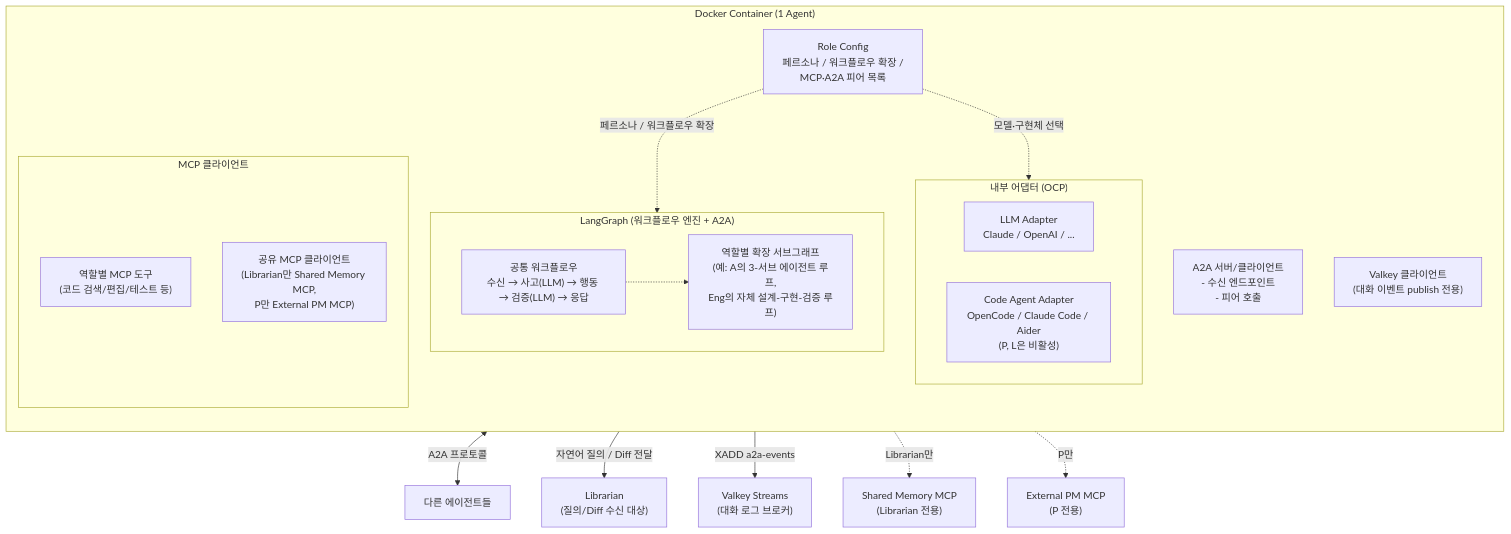
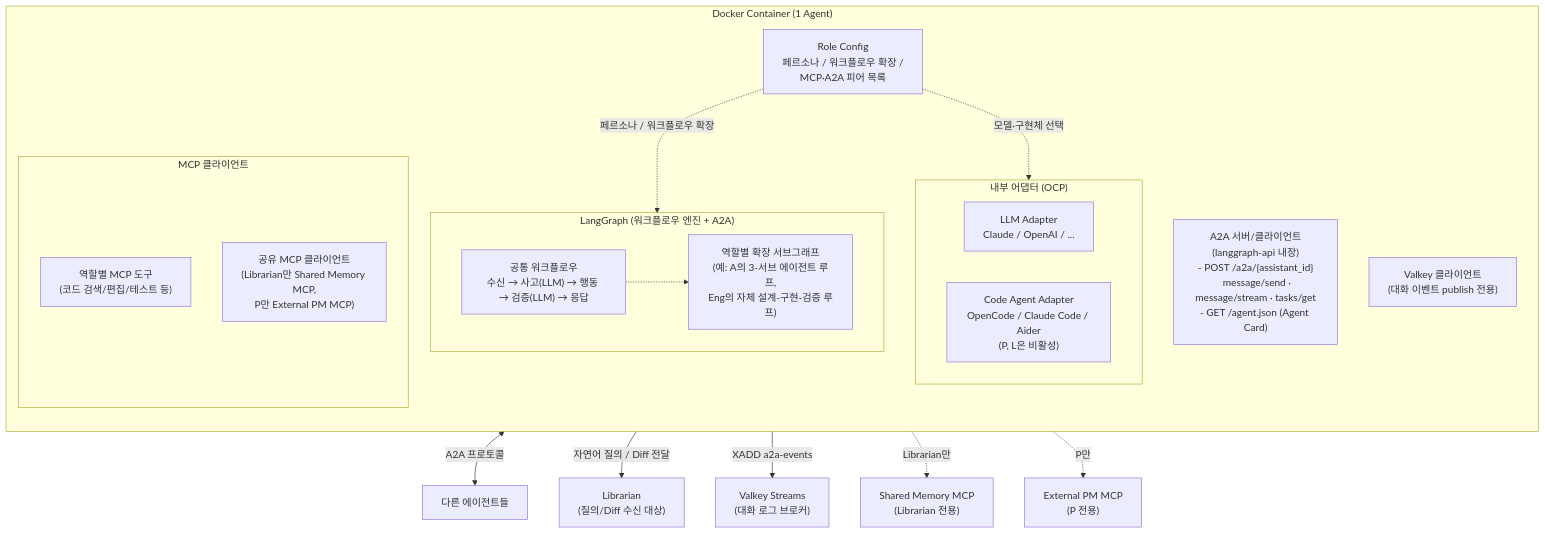
One commit to vonkernel/dev-team changed the second of 13 diagrams in docs/proposal.md. Above: the diagram before and after it, drawn with Mermaid. The commit also changed other lines of this file, not shown here.

First line of the commit message:
docs: adopt A2A Protocol v1.0 (Task lifecycle, Agent Card, SSE)

````diff
--- a/docs/proposal.md
+++ b/docs/proposal.md
@@ -164,43 +166,43 @@
 ```mermaid
 graph TD
     subgraph Container["Docker Container (1 Agent)"]
         direction TB
         RoleConfig["Role Config<br/>페르소나 / 워크플로우 확장 /<br/>MCP·A2A 피어 목록"]
 
         subgraph LG["LangGraph (워크플로우 엔진 + A2A)"]
             Base["공통 워크플로우<br/>수신 → 사고(LLM) → 행동 → 검증(LLM) → 응답"]
             Ext["역할별 확장 서브그래프<br/>(예: A의 3-서브 에이전트 루프,<br/>Eng의 자체 설계-구현-검증 루프)"]
             Base -.-> Ext
         end
 
         subgraph Adapters["내부 어댑터 (OCP)"]
             LLMAdapter["LLM Adapter<br/>Claude / OpenAI / ..."]
             CodeAdapter["Code Agent Adapter<br/>OpenCode / Claude Code / Aider<br/>(P, L은 비활성)"]
         end
 
         subgraph LocalMCP["MCP 클라이언트"]
             RoleMCP["역할별 MCP 도구<br/>(코드 검색/편집/테스트 등)"]
             SharedMcpClient["공유 MCP 클라이언트<br/>(Librarian만 Shared Memory MCP,<br/>P만 External PM MCP)"]
         end
 
-        A2A["A2A 서버/클라이언트<br/>- 수신 엔드포인트<br/>- 피어 호출"]
+        A2A["A2A 서버/클라이언트<br/>(langgraph-api 내장)<br/>- POST /a2a/{assistant_id}<br/>&nbsp;&nbsp;message/send · message/stream · tasks/get<br/>- GET /agent.json (Agent Card)"]
         BrokerClient["Valkey 클라이언트<br/>(대화 이벤트 publish 전용)"]
     end
 
     Peers["다른 에이전트들"]
     Librarian["Librarian<br/>(질의/Diff 수신 대상)"]
     Broker["Valkey Streams<br/>(대화 로그 브로커)"]
     SharedMemMCP["Shared Memory MCP<br/>(Librarian 전용)"]
     ExtPmMCP["External PM MCP<br/>(P 전용)"]
 
     RoleConfig -.페르소나 / 워크플로우 확장.-> LG
     RoleConfig -.모델·구현체 선택.-> Adapters
     %% LocalMCP, A2A는 RoleConfig의 목록을 읽어 초기화 (자명하므로 엣지 생략)
     %% BrokerClient는 RoleConfig와 무관 — 환경변수로 Valkey 설정 주입
 
     A2A <-->|A2A 프로토콜| Peers
     A2A -->|자연어 질의 / Diff 전달| Librarian
     BrokerClient -->|XADD a2a-events| Broker
     SharedMcpClient -.Librarian만.-> SharedMemMCP
     SharedMcpClient -.P만.-> ExtPmMCP
 ```
````
